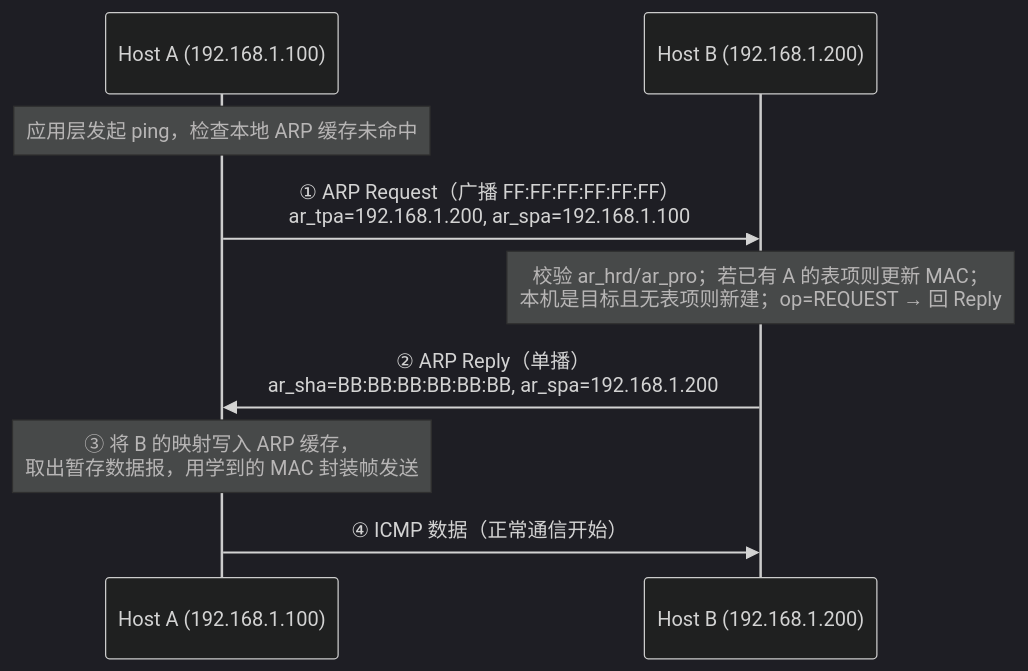
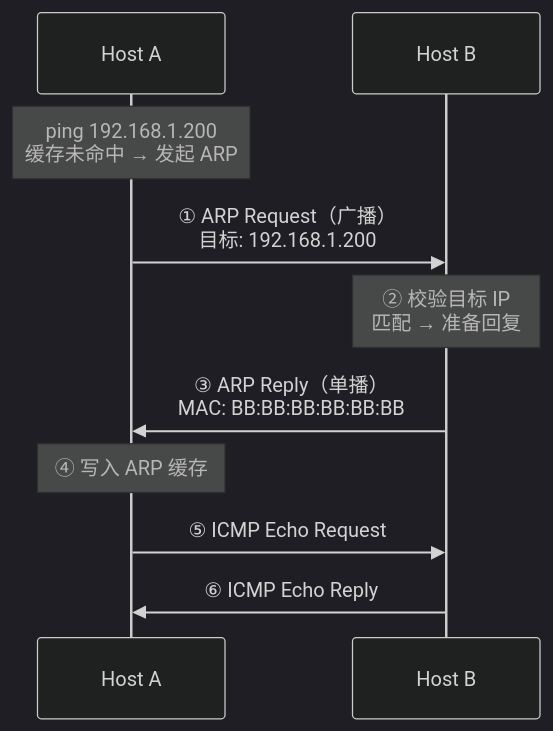
The fifth of 17 diagrams in drafts/tech-arch/arp-protocol.md (os-artificer/ebooks), drawn with Mermaid (dark theme) before and after one commit. The commit also changed other lines of this file and 4 other files, not shown here.

````diff
--- a/drafts/tech-arch/arp-protocol.md
+++ b/drafts/tech-arch/arp-protocol.md
@@ -216,11 +216,13 @@
 ```mermaid
 sequenceDiagram
-    participant A as Host A (192.168.1.100)
-    participant B as Host B (192.168.1.200)
-    Note over A: 应用层发起 ping，检查本地 ARP 缓存未命中
-    A->>B: ① ARP Request（广播 FF:FF:FF:FF:FF:FF）<br/>ar_tpa=192.168.1.200, ar_spa=192.168.1.100
-    Note over B: 校验 ar_hrd/ar_pro；若已有 A 的表项则更新 MAC；<br/>本机是目标且无表项则新建；op=REQUEST → 回 Reply
-    B->>A: ② ARP Reply（单播）<br/>ar_sha=BB:BB:BB:BB:BB:BB, ar_spa=192.168.1.200
-    Note over A: ③ 将 B 的映射写入 ARP 缓存，<br/>取出暂存数据报，用学到的 MAC 封装帧发送
-    A->>B: ④ ICMP 数据（正常通信开始）
+    participant A as Host A
+    participant B as Host B
+
+    Note over A: ping 192.168.1.200<br/>缓存未命中 → 发起 ARP
+    A->>B: ① ARP Request（广播）<br/>目标: 192.168.1.200
+    Note over B: ② 校验目标 IP<br/>匹配 → 准备回复
+    B->>A: ③ ARP Reply（单播）<br/>MAC: BB:BB:BB:BB:BB:BB
+    Note over A: ④ 写入 ARP 缓存
+    A->>B: ⑤ ICMP Echo Request
+    B->>A: ⑥ ICMP Echo Reply
 ```
````
